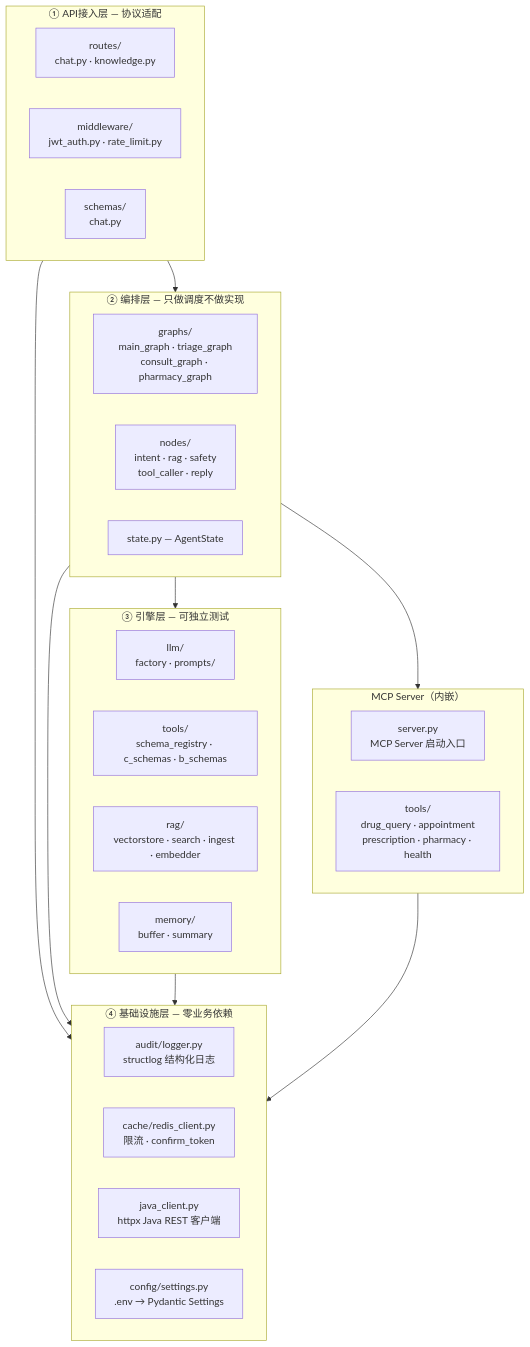
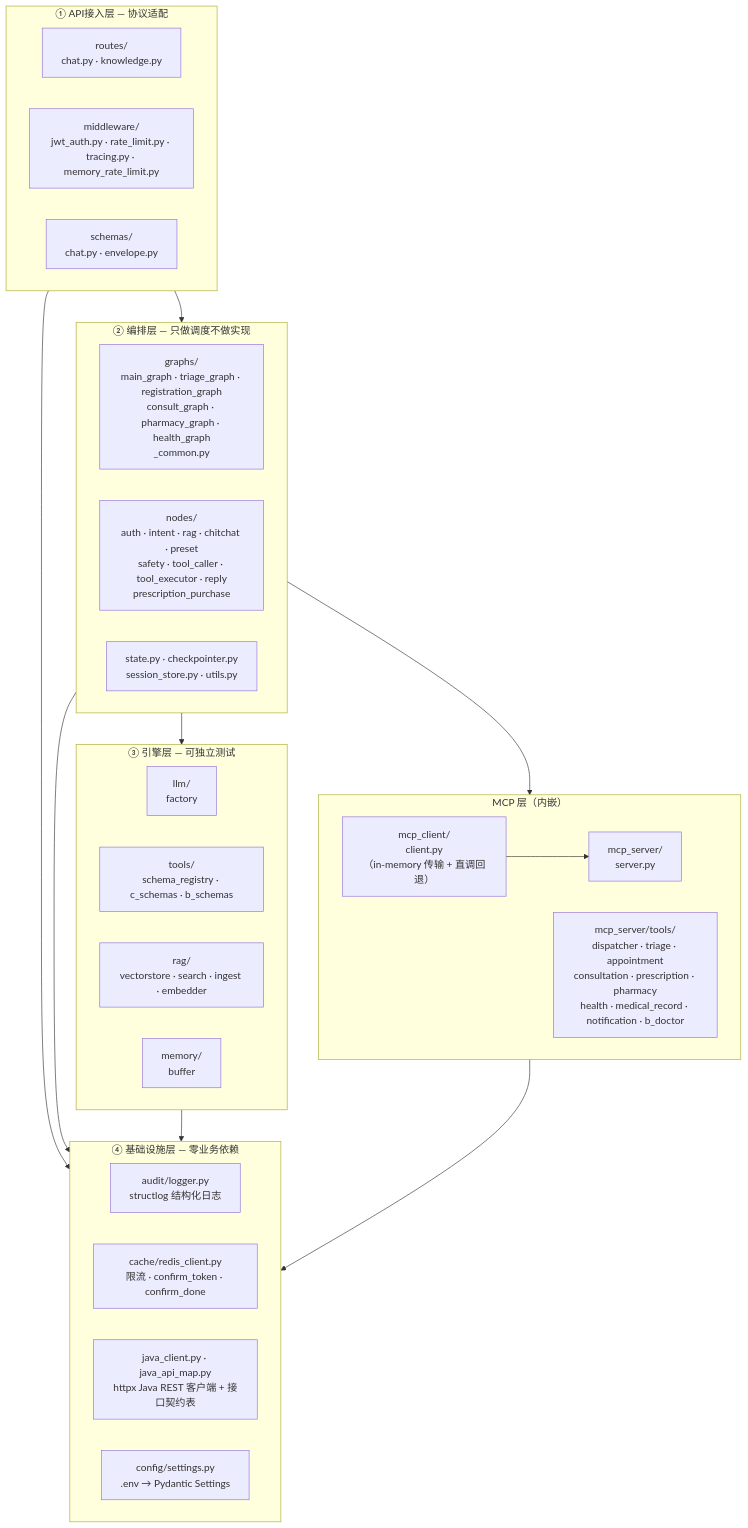
The third of 7 diagrams in sphp-agent/docs/Agent/Agent模块系分.md (lezoo817/SPHP), drawn with Mermaid before and after one commit. The commit also changed other lines of this file and 2 other files, not shown here.

````diff
--- a/sphp-agent/docs/Agent/Agent模块系分.md
+++ b/sphp-agent/docs/Agent/Agent模块系分.md
@@ -322,41 +327,43 @@
 ```mermaid
 graph TB
     subgraph api["① API接入层 — 协议适配"]
         AR["routes/<br/>chat.py · knowledge.py"]
-        AM["middleware/<br/>jwt_auth.py · rate_limit.py"]
-        AS["schemas/<br/>chat.py"]
+        AM["middleware/<br/>jwt_auth.py · rate_limit.py · tracing.py · memory_rate_limit.py"]
+        AS["schemas/<br/>chat.py · envelope.py"]
     end
 
     subgraph orch["② 编排层 — 只做调度不做实现"]
-        OG["graphs/<br/>main_graph · triage_graph<br/>consult_graph · pharmacy_graph"]
-        ON["nodes/<br/>intent · rag · safety<br/>tool_caller · reply"]
-        OS["state.py — AgentState"]
+        OG["graphs/<br/>main_graph · triage_graph · registration_graph<br/>consult_graph · pharmacy_graph · health_graph<br/>_common.py"]
+        ON["nodes/<br/>auth · intent · rag · chitchat · preset<br/>safety · tool_caller · tool_executor · reply<br/>prescription_purchase"]
+        OS["state.py · checkpointer.py<br/>session_store.py · utils.py"]
     end
 
     subgraph eng["③ 引擎层 — 可独立测试"]
-        ELLM["llm/<br/>factory · prompts/"]
+        ELLM["llm/<br/>factory"]
         ETOOL["tools/<br/>schema_registry · c_schemas · b_schemas"]
         ERAG["rag/<br/>vectorstore · search · ingest · embedder"]
-        EMEM["memory/<br/>buffer · summary"]
+        EMEM["memory/<br/>buffer"]
     end
 
-    subgraph mcp["MCP Server（内嵌）"]
-        MSRV["server.py<br/>MCP Server 启动入口"]
-        MTOOLS["tools/<br/>drug_query · appointment<br/>prescription · pharmacy · health"]
+    subgraph mcp["MCP 层（内嵌）"]
+        MSRV["mcp_server/<br/>server.py"]
+        MTOOLS["mcp_server/tools/<br/>dispatcher · triage · appointment<br/>consultation · prescription · pharmacy<br/>health · medical_record · notification · b_doctor"]
+        MCLI["mcp_client/<br/>client.py<br/>（in-memory 传输 + 直调回退）"]
     end
 
     subgraph infra["④ 基础设施层 — 零业务依赖"]
         IAUDIT["audit/logger.py<br/>structlog 结构化日志"]
-        ICACHE["cache/redis_client.py<br/>限流 · confirm_token"]
-        IJAVA["java_client.py<br/>httpx Java REST 客户端"]
+        ICACHE["cache/redis_client.py<br/>限流 · confirm_token · confirm_done"]
+        IJAVA["java_client.py · java_api_map.py<br/>httpx Java REST 客户端 + 接口契约表"]
         ICFG["config/settings.py<br/>.env → Pydantic Settings"]
     end
 
     api --> orch
     api --> infra
     orch --> eng
     orch --> mcp
     orch --> infra
     eng --> infra
     mcp --> infra
+    MCLI --> MSRV
 ```
````
